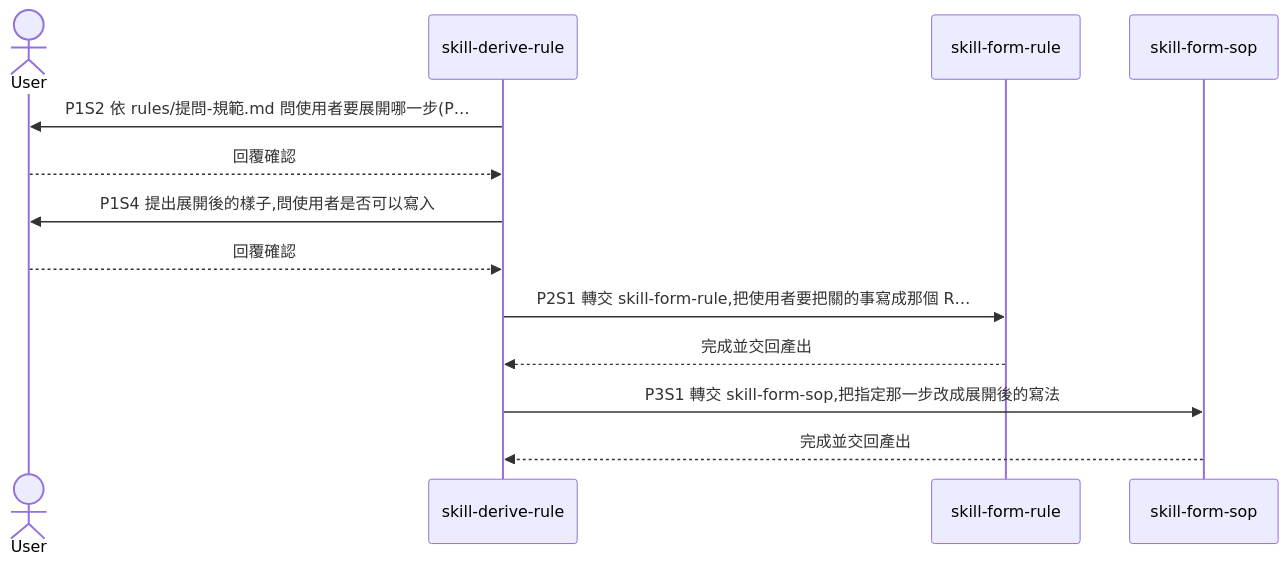
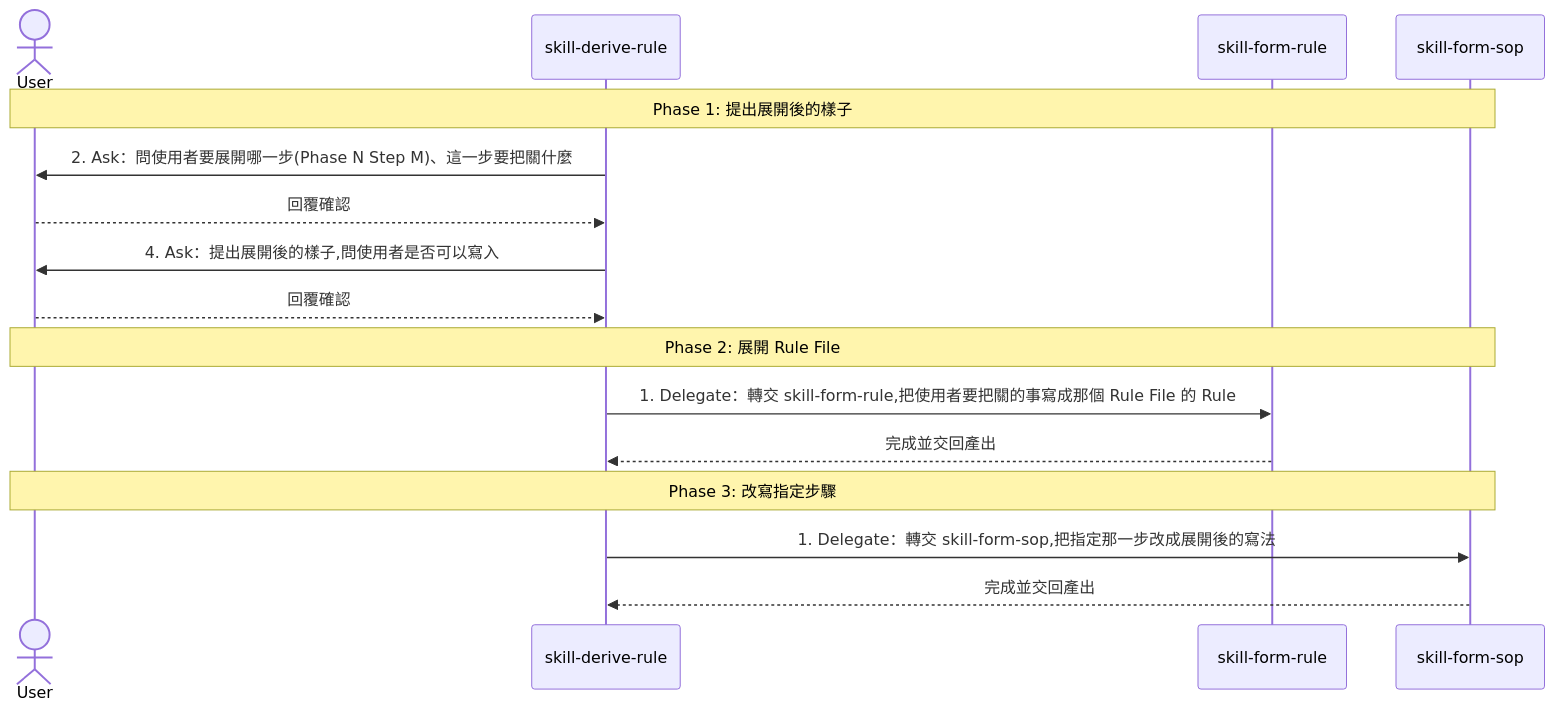
The second of 2 diagrams in .agents/skills/skill-derive-rule/SKILL.md (AI-x-BDD/BDGG-Dev-Skills), drawn with Mermaid before and after one commit. The commit also changed other lines of this file and 43 other files, not shown here.

First line of the commit message:
feat!: skill-form-sop 的流程視覺圖改放檔尾並以粗體標出的核心動作當標籤

````diff
--- a/.agents/skills/skill-derive-rule/SKILL.md
+++ b/.agents/skills/skill-derive-rule/SKILL.md
@@ -49,15 +61,18 @@
 ```mermaid
 sequenceDiagram
     actor User
     participant Main as skill-derive-rule
     participant Sub_1 as skill-form-rule
     participant Sub_2 as skill-form-sop
-    Main->>User: P1S2 依 rules/提問-規範.md 問使用者要展開哪一步(P…
+    Note over User,Sub_2: Phase 1: 提出展開後的樣子
+    Main->>User: 2. Ask：問使用者要展開哪一步(Phase N Step M)、這一步要把關什麼
     User-->>Main: 回覆確認
-    Main->>User: P1S4 提出展開後的樣子,問使用者是否可以寫入
+    Main->>User: 4. Ask：提出展開後的樣子,問使用者是否可以寫入
     User-->>Main: 回覆確認
-    Main->>Sub_1: P2S1 轉交 skill-form-rule,把使用者要把關的事寫成那個 R…
+    Note over User,Sub_2: Phase 2: 展開 Rule File
+    Main->>Sub_1: 1. Delegate：轉交 skill-form-rule,把使用者要把關的事寫成那個 Rule File 的 Rule
     Sub_1-->>Main: 完成並交回產出
-    Main->>Sub_2: P3S1 轉交 skill-form-sop,把指定那一步改成展開後的寫法
+    Note over User,Sub_2: Phase 3: 改寫指定步驟
+    Main->>Sub_2: 1. Delegate：轉交 skill-form-sop,把指定那一步改成展開後的寫法
     Sub_2-->>Main: 完成並交回產出
 ```
````
